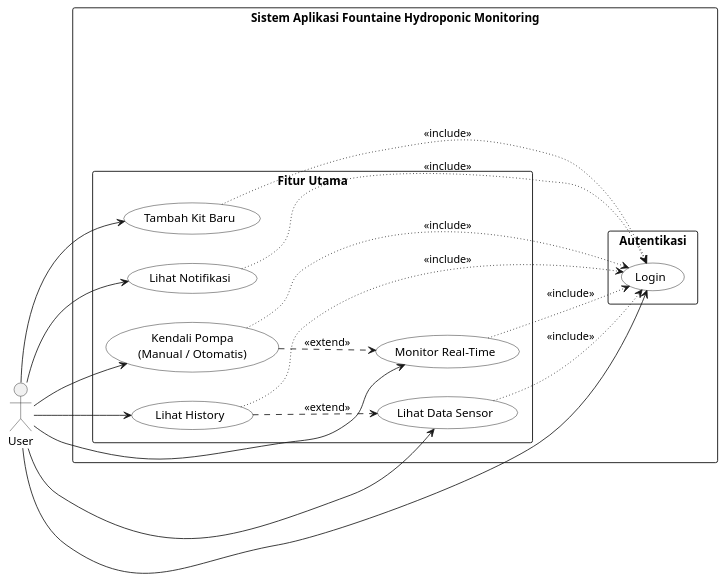
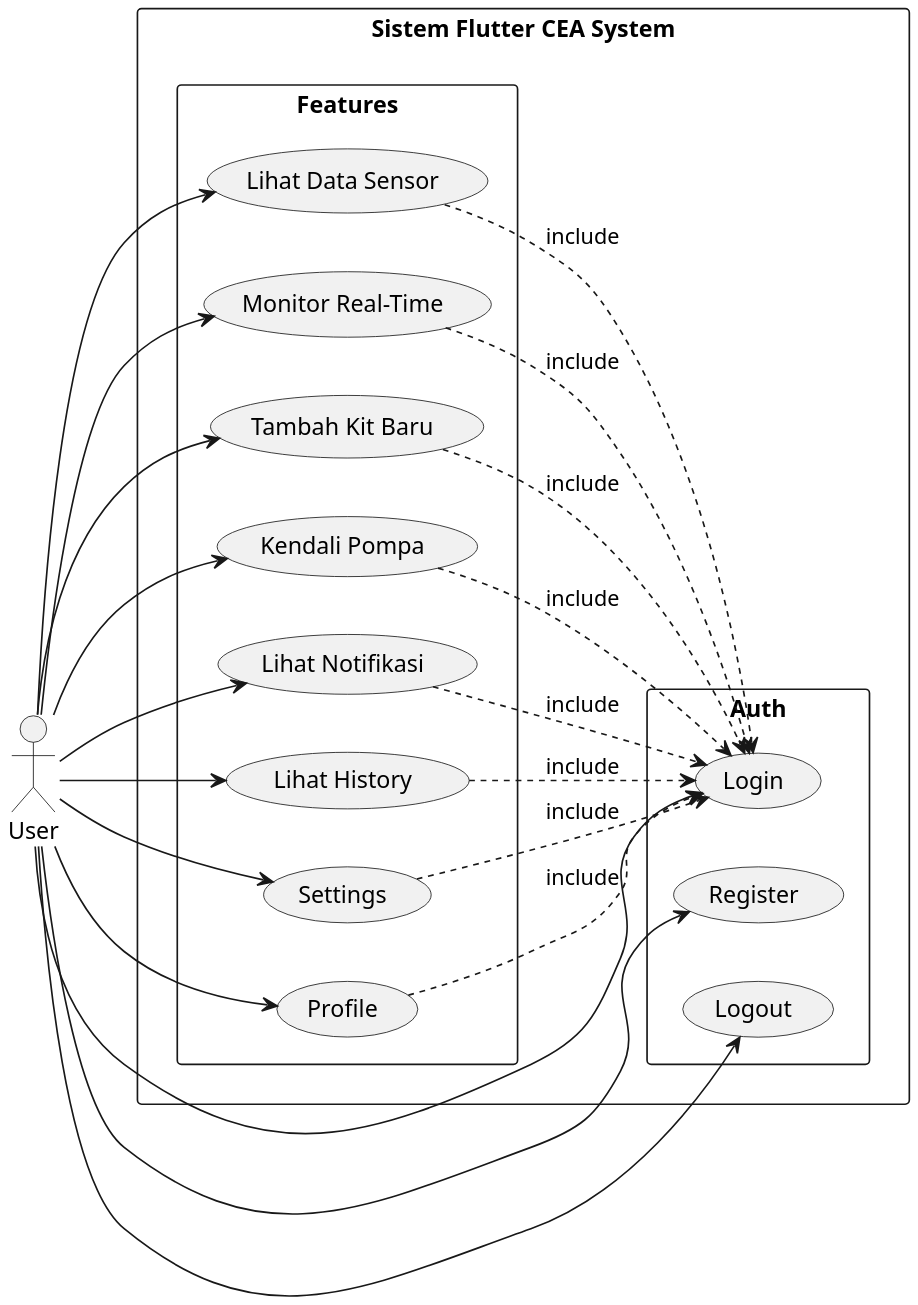
Before and after one commit to DarmawanWisnu/flutter-cea-system: the diagram in docs/diagrams/usecase/usecase.puml, drawn with PlantUML. The commit also changed 24 other files, not shown here.

```diff
--- a/docs/diagrams/usecase/usecase.puml
+++ b/docs/diagrams/usecase/usecase.puml
@@ -1,52 +1,50 @@
 @startuml
+scale 2
+skinparam monochrome true
+skinparam shadowing false
 left to right direction
 skinparam actorStyle stick
-skinparam rectangle {
-  BorderColor black
-  BackgroundColor white
-}
-skinparam usecase {
-  BackgroundColor white
-  BorderColor black
-}
 
 actor "User" as User
 
-rectangle "Sistem Aplikasi Fountaine Hydroponic Monitoring" {
-
-  rectangle "Fitur Utama" as Main {
+rectangle "Sistem Flutter CEA System" {
+  rectangle "Features" {
     usecase "Lihat Data Sensor" as UC_Sensor
     usecase "Monitor Real-Time" as UC_Monitor
     usecase "Tambah Kit Baru" as UC_AddKit
-    usecase "Kendali Pompa\n(Manual / Otomatis)" as UC_Control
+    usecase "Kendali Pompa" as UC_Control
     usecase "Lihat Notifikasi" as UC_Notify
     usecase "Lihat History" as UC_History
+    usecase "Settings" as UC_Settings
+    usecase "Profile" as UC_Profile
   }
-
-  rectangle "Autentikasi" as Auth {
+  
+  rectangle "Auth" {
     usecase "Login" as UC_Login
+    usecase "Register" as UC_Register
+    usecase "Logout" as UC_Logout
   }
 }
 
-' === Relasi User ===
 User --> UC_Sensor
 User --> UC_Monitor
 User --> UC_AddKit
 User --> UC_Control
 User --> UC_Notify
 User --> UC_History
+User --> UC_Settings
+User --> UC_Profile
 User --> UC_Login
+User --> UC_Register
+User --> UC_Logout
 
-' === Semuanya harus login dulu ===
-UC_Sensor -[dotted]-> UC_Login : <<include>>
-UC_Monitor -[dotted]-> UC_Login : <<include>>
-UC_AddKit -[dotted]-> UC_Login : <<include>>
-UC_Control -[dotted]-> UC_Login : <<include>>
-UC_Notify -[dotted]-> UC_Login : <<include>>
-UC_History -[dotted]-> UC_Login : <<include>>
-
-' === Extend opsional ===
-UC_Control -[dashed]-> UC_Monitor : <<extend>>
-UC_History -[dashed]-> UC_Sensor : <<extend>>
+UC_Sensor ..> UC_Login : include
+UC_Monitor ..> UC_Login : include
+UC_AddKit ..> UC_Login : include
+UC_Control ..> UC_Login : include
+UC_Notify ..> UC_Login : include
+UC_History ..> UC_Login : include
+UC_Settings ..> UC_Login : include
+UC_Profile ..> UC_Login : include
 
 @enduml
```
